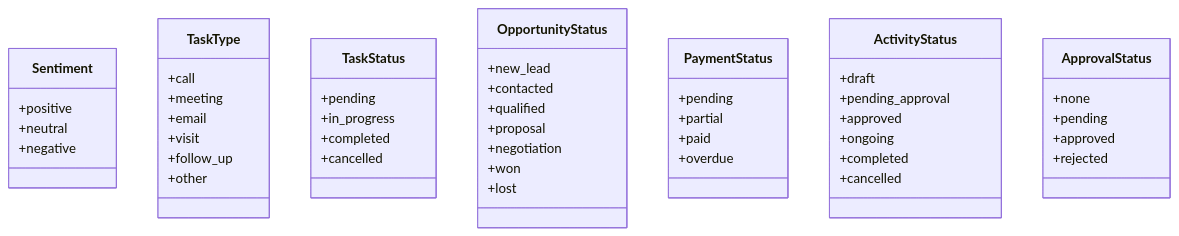
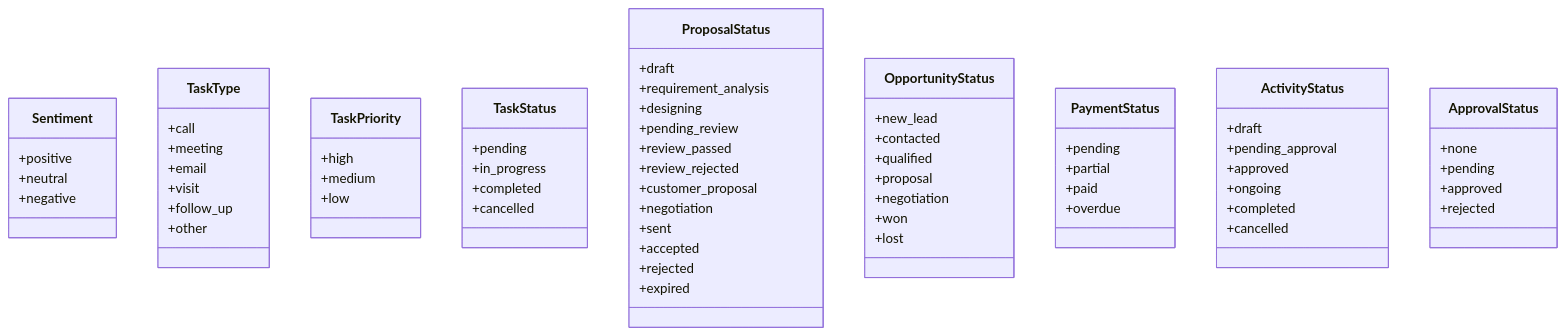
The third of 24 diagrams in .qoder/repowiki/zh/content/Database Schema.md (xianjianshenqu/SalesFlow-CRM), drawn with Mermaid before and after one commit. The commit also changed other lines of this file and 13 other files, not shown here.

````diff
--- a/.qoder/repowiki/zh/content/Database Schema.md
+++ b/.qoder/repowiki/zh/content/Database Schema.md
@@ -231,51 +337,70 @@
 ```mermaid
 classDiagram
 class Sentiment {
 +positive
 +neutral
 +negative
 }
 class TaskType {
 +call
 +meeting
 +email
 +visit
 +follow_up
 +other
 }
+class TaskPriority {
++high
++medium
++low
+}
 class TaskStatus {
 +pending
 +in_progress
 +completed
 +cancelled
+}
+class ProposalStatus {
++draft
++requirement_analysis
++designing
++pending_review
++review_passed
++review_rejected
++customer_proposal
++negotiation
++sent
++accepted
++rejected
++expired
 }
 class OpportunityStatus {
 +new_lead
 +contacted
 +qualified
 +proposal
 +negotiation
 +won
 +lost
 }
 class PaymentStatus {
 +pending
 +partial
 +paid
 +overdue
 }
 class ActivityStatus {
 +draft
 +pending_approval
 +approved
 +ongoing
 +completed
 +cancelled
 }
 class ApprovalStatus {
 +none
 +pending
 +approved
 +rejected
 }
 ```
````
